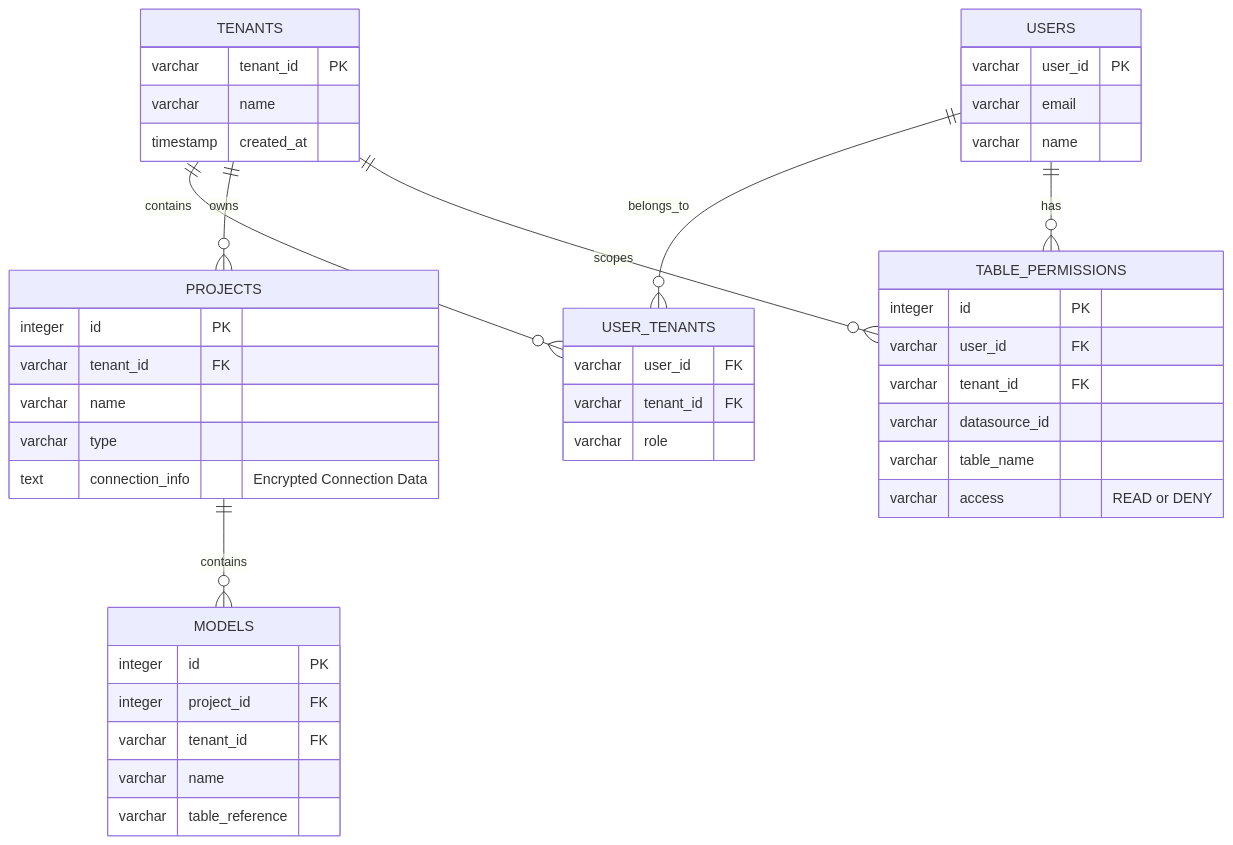
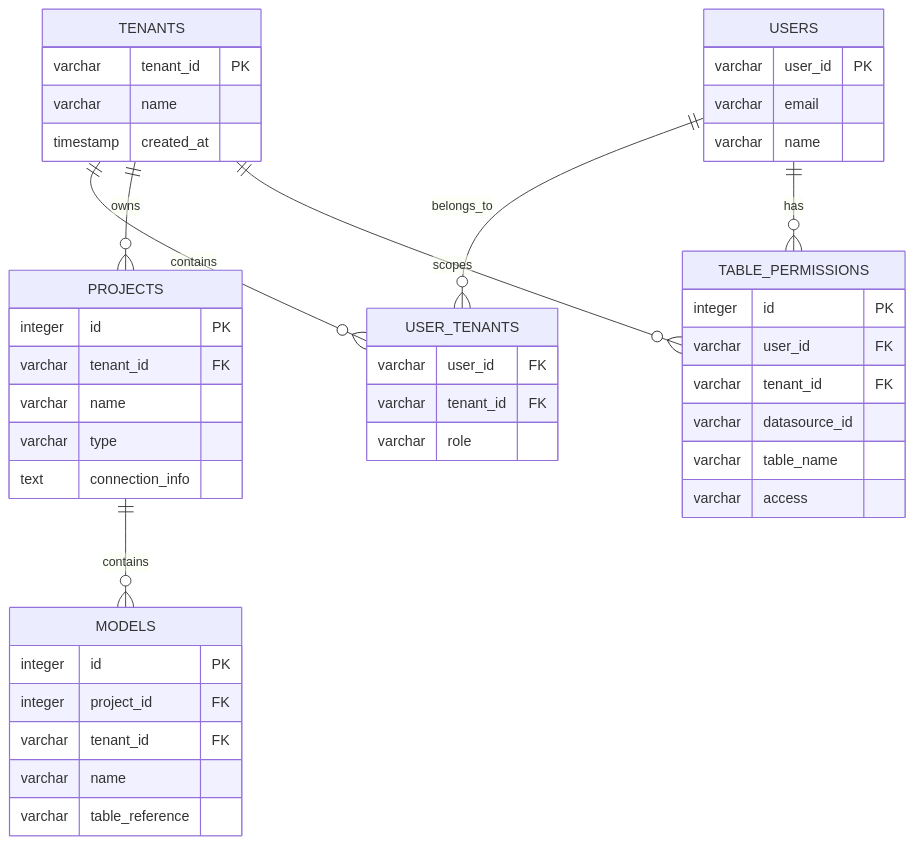
Before and after one commit to arpit199924/Wren_setup: the first of 2 diagrams in POC_DOCUMENTS/legacy/low_level_design.md, drawn with Mermaid. The commit also changed other lines of this file and 2 other files, not shown here.

Commit message:
Update legacy documents to include both text-based ASCII flowcharts and corrected Mermaid syntax

````diff
--- a/POC_DOCUMENTS/legacy/low_level_design.md
+++ b/POC_DOCUMENTS/legacy/low_level_design.md
@@ -13,47 +48,47 @@
 ```mermaid
 erDiagram
     TENANTS {
         varchar tenant_id PK
         varchar name
         timestamp created_at
     }
     USERS {
         varchar user_id PK
         varchar email
         varchar name
     }
     USER_TENANTS {
         varchar user_id FK
         varchar tenant_id FK
         varchar role
     }
     PROJECTS {
         integer id PK
         varchar tenant_id FK
         varchar name
         varchar type
-        text connection_info "Encrypted Connection Data"
+        text connection_info
     }
     MODELS {
         integer id PK
         integer project_id FK
         varchar tenant_id FK
         varchar name
         varchar table_reference
     }
     TABLE_PERMISSIONS {
         integer id PK
         varchar user_id FK
         varchar tenant_id FK
         varchar datasource_id
         varchar table_name
-        varchar access "READ or DENY"
+        varchar access
     }
 
     TENANTS ||--o{ USER_TENANTS : contains
     USERS ||--o{ USER_TENANTS : belongs_to
     TENANTS ||--o{ PROJECTS : owns
     PROJECTS ||--o{ MODELS : contains
     USERS ||--o{ TABLE_PERMISSIONS : has
     TENANTS ||--o{ TABLE_PERMISSIONS : scopes
 ```
````
